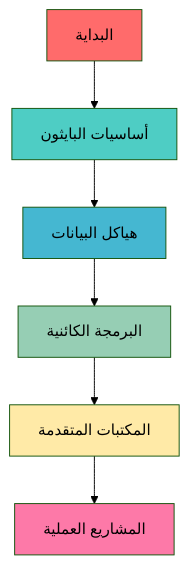
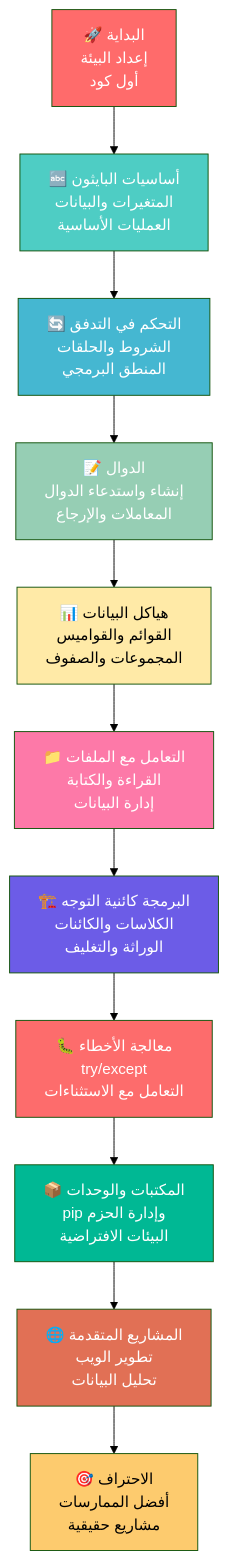
Before and after one commit to techiediaries/python-arabic: the first of 2 diagrams in README.md, drawn with Mermaid (forest theme). The commit also changed other lines of this file, not shown here.

````diff
--- a/README.md
+++ b/README.md
@@ -51,15 +51,25 @@
 ```mermaid
-graph TD
-    A[البداية] --> B[أساسيات البايثون]
-    B --> C[هياكل البيانات]
-    C --> D[البرمجة الكائنية]
-    D --> E[المكتبات المتقدمة]
-    E --> F[المشاريع العملية]
+graph TB
+    A[🚀 البداية<br/>إعداد البيئة<br/>أول كود] --> B[🔤 أساسيات البايثون<br/>المتغيرات والبيانات<br/>العمليات الأساسية]
+    B --> C[🔄 التحكم في التدفق<br/>الشروط والحلقات<br/>المنطق البرمجي]
+    C --> D[📝 الدوال<br/>إنشاء واستدعاء الدوال<br/>المعاملات والإرجاع]
+    D --> E[📊 هياكل البيانات<br/>القوائم والقواميس<br/>المجموعات والصفوف]
+    E --> F[📁 التعامل مع الملفات<br/>القراءة والكتابة<br/>إدارة البيانات]
+    F --> G[🏗️ البرمجة كائنية التوجه<br/>الكلاسات والكائنات<br/>الوراثة والتغليف]
+    G --> H[🐛 معالجة الأخطاء<br/>try/except<br/>التعامل مع الاستثناءات]
+    H --> I[📦 المكتبات والوحدات<br/>pip وإدارة الحزم<br/>البيئات الافتراضية]
+    I --> J[🌐 المشاريع المتقدمة<br/>تطوير الويب<br/>تحليل البيانات]
+    J --> K[🎯 الاحتراف<br/>أفضل الممارسات<br/>مشاريع حقيقية]
     
-    style A fill:#ff6b6b
-    style B fill:#4ecdc4
-    style C fill:#45b7d1
-    style D fill:#96ceb4
-    style E fill:#ffeaa7
-    style F fill:#fd79a8
+    style A fill:#ff6b6b,color:#fff
+    style B fill:#4ecdc4,color:#fff
+    style C fill:#45b7d1,color:#fff
+    style D fill:#96ceb4,color:#fff
+    style E fill:#ffeaa7,color:#000
+    style F fill:#fd79a8,color:#fff
+    style G fill:#6c5ce7,color:#fff
+    style H fill:#fd6c6c,color:#fff
+    style I fill:#00b894,color:#fff
+    style J fill:#e17055,color:#fff
+    style K fill:#fdcb6e,color:#000
 ```
````
